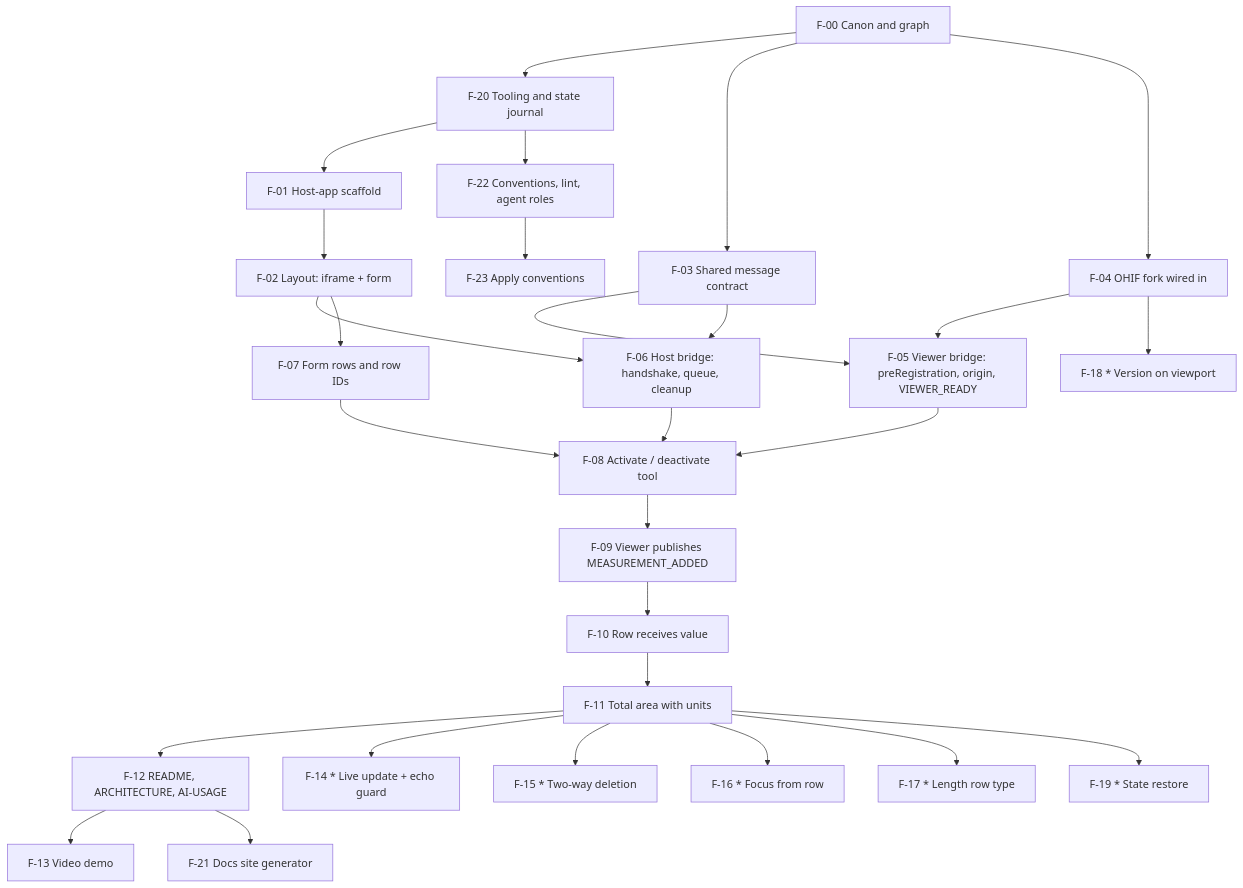
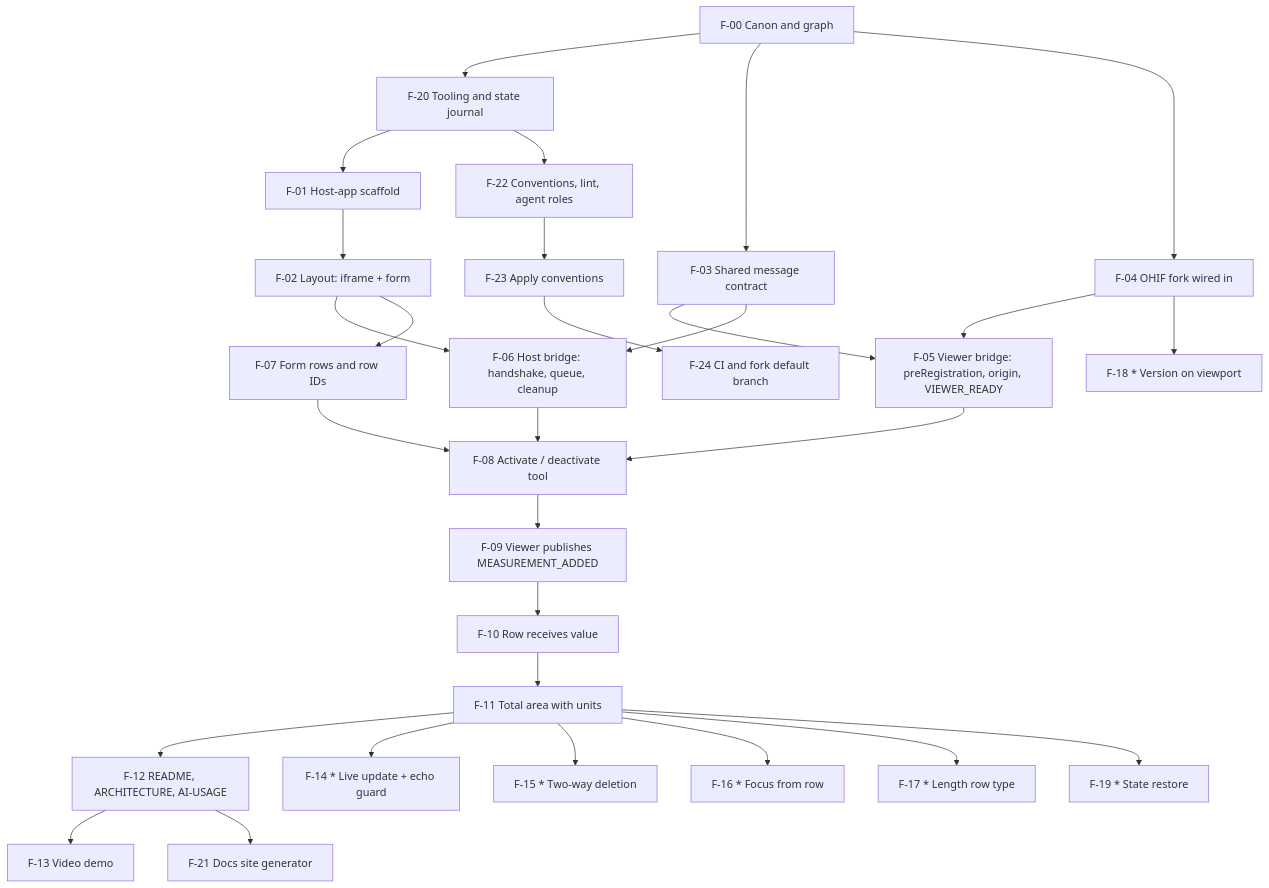
The diagram in docs/FEATURE-GRAPH.md (bdiadiun/artifact-synchronization), drawn with Mermaid before and after one commit. The commit also changed other lines of this file and 10 other files, not shown here.

First line of the commit message:
ci: checks and fork default branch

````diff
--- a/docs/FEATURE-GRAPH.md
+++ b/docs/FEATURE-GRAPH.md
@@ -67,48 +68,49 @@
 ```mermaid
 graph TD
   F00[F-00 Canon and graph]
   F20[F-20 Tooling and state journal]
   F01[F-01 Host-app scaffold]
   F02[F-02 Layout: iframe + form]
   F03[F-03 Shared message contract]
   F04[F-04 OHIF fork wired in]
   F05[F-05 Viewer bridge: preRegistration, origin, VIEWER_READY]
   F06[F-06 Host bridge: handshake, queue, cleanup]
   F07[F-07 Form rows and row IDs]
   F08[F-08 Activate / deactivate tool]
   F09[F-09 Viewer publishes MEASUREMENT_ADDED]
   F10[F-10 Row receives value]
   F11[F-11 Total area with units]
   F12[F-12 README, ARCHITECTURE, AI-USAGE]
   F21[F-21 Docs site generator]
   F22[F-22 Conventions, lint, agent roles]
   F23[F-23 Apply conventions]
+  F24[F-24 CI and fork default branch]
   F13[F-13 Video demo]
   F14[F-14 * Live update + echo guard]
   F15[F-15 * Two-way deletion]
   F16[F-16 * Focus from row]
   F17[F-17 * Length row type]
   F18[F-18 * Version on viewport]
   F19[F-19 * State restore]
 
   F00 --> F20 --> F01 --> F02
   F00 --> F03
   F00 --> F04
   F03 --> F05
   F04 --> F05
   F02 --> F06
   F03 --> F06
   F02 --> F07
   F05 --> F08
   F06 --> F08
   F07 --> F08
   F08 --> F09 --> F10 --> F11 --> F12 --> F13
   F12 --> F21
-  F20 --> F22 --> F23
+  F20 --> F22 --> F23 --> F24
   F11 --> F14
   F11 --> F15
   F11 --> F16
   F11 --> F17
   F04 --> F18
   F11 --> F19
 ```
````
